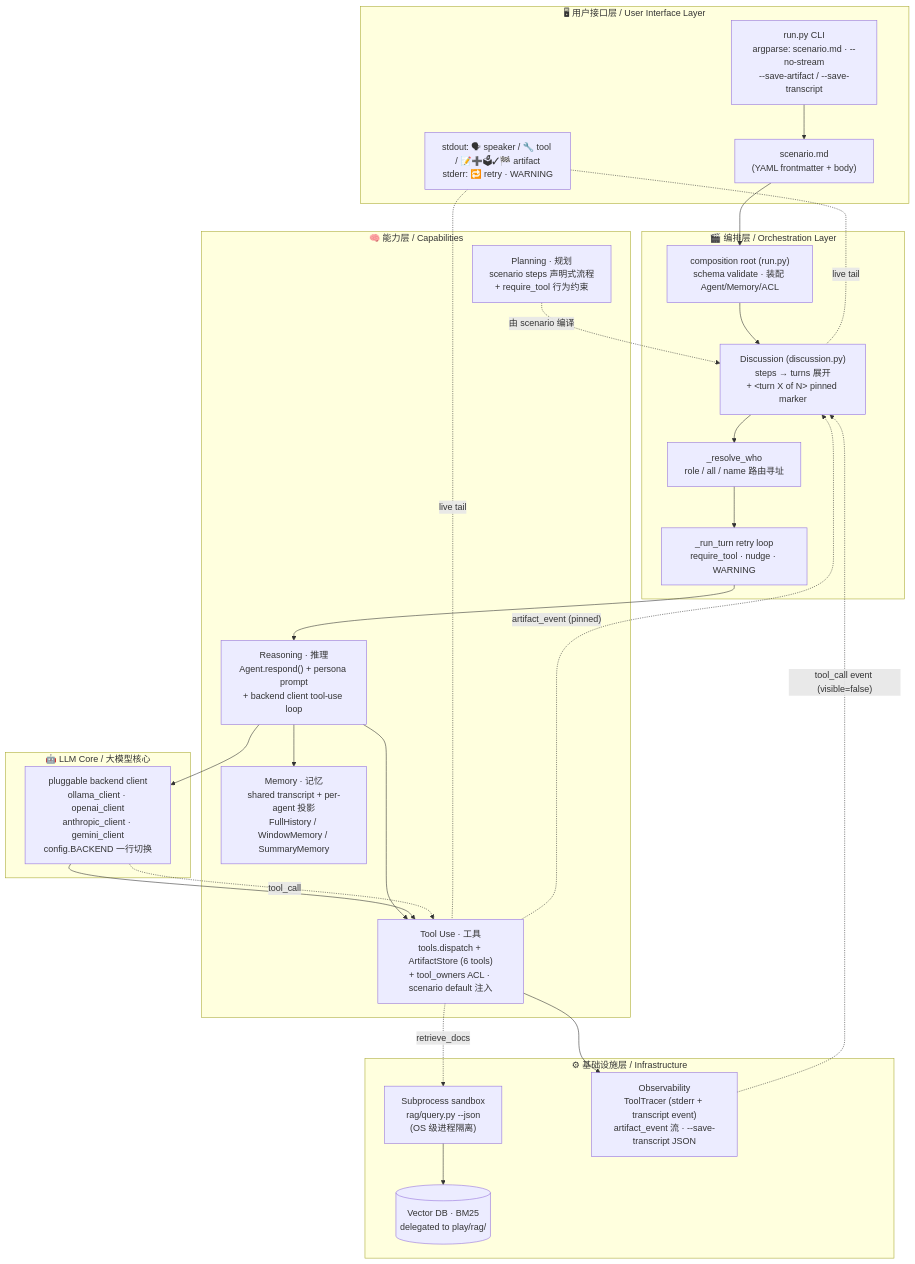
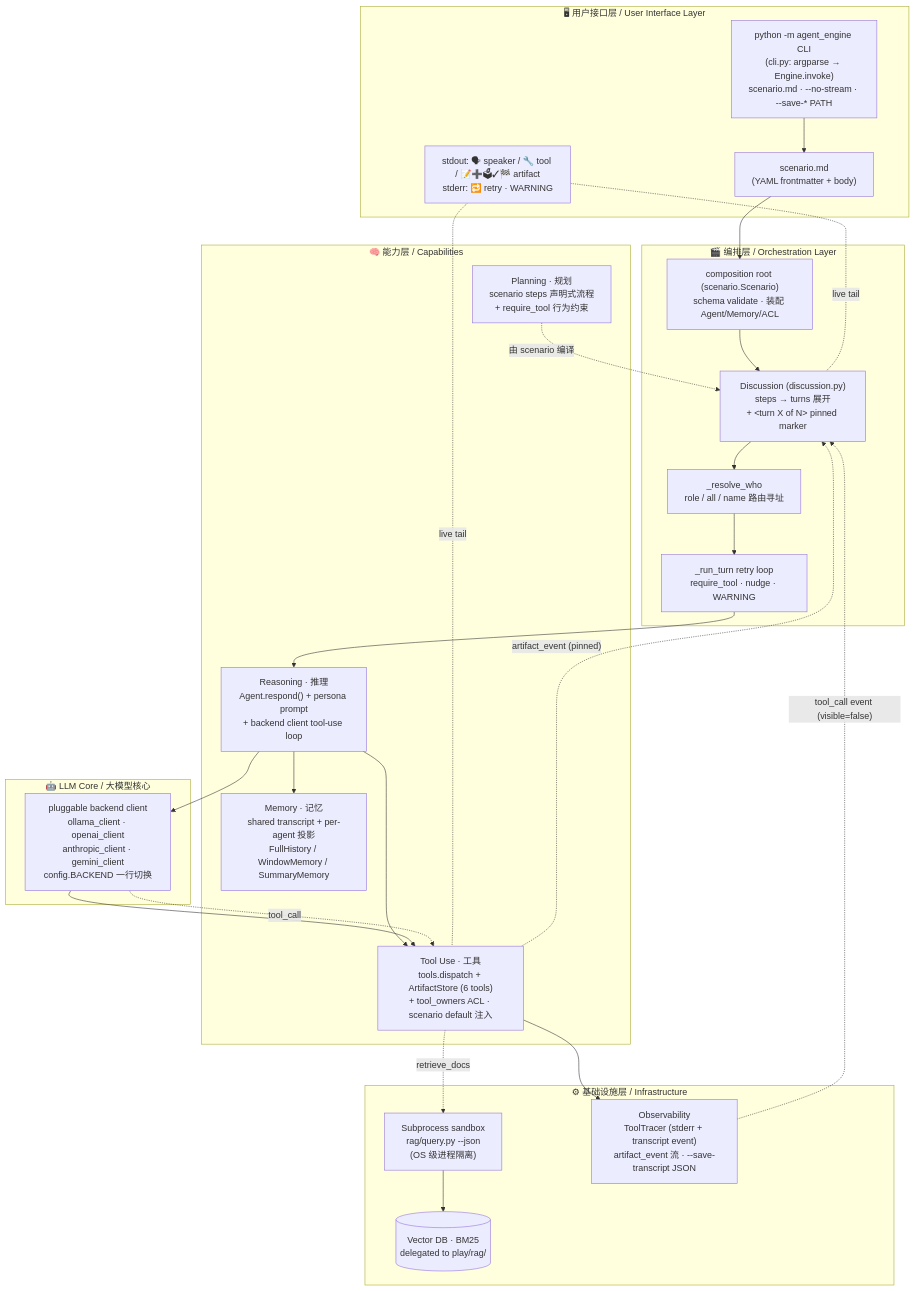
One commit to AndyUneducated/ai_workshop_demo changed the first of 5 diagrams in play/agent_engine/README.md. Above: the diagram before and after it, drawn with Mermaid. The commit also changed other lines of this file and 19 other files, not shown here.

First line of the commit message:
refactor(agent_engine)!: turn into a Python package with Engine.invoke API

````diff
--- a/play/agent_engine/README.md
+++ b/play/agent_engine/README.md
@@ -24,53 +24,53 @@
 ```mermaid
 flowchart TB
     subgraph UI["🖥 用户接口层 / User Interface Layer"]
-        cli["run.py CLI<br/>argparse: scenario.md · --no-stream<br/>--save-artifact / --save-transcript"]
+        cli["python -m agent_engine CLI<br/>(cli.py: argparse → Engine.invoke)<br/>scenario.md · --no-stream · --save-* PATH"]
         io["stdout: 🗣 speaker / 🔧 tool / 📝➕🗳✓🏁 artifact<br/>stderr: 🔁 retry · WARNING"]
         scn["scenario.md<br/>(YAML frontmatter + body)"]
     end
 
     subgraph ORCH["🎬 编排层 / Orchestration Layer"]
-        asm["composition root (run.py)<br/>schema validate · 装配 Agent/Memory/ACL"]
+        asm["composition root (scenario.Scenario)<br/>schema validate · 装配 Agent/Memory/ACL"]
         disc["Discussion (discussion.py)<br/>steps → turns 展开<br/>+ &lt;turn X of N&gt; pinned marker"]
         route["_resolve_who<br/>role / all / name 路由寻址"]
         retry["_run_turn retry loop<br/>require_tool · nudge · WARNING"]
     end
 
     subgraph CAP["🧠 能力层 / Capabilities"]
         plan["Planning · 规划<br/>scenario steps 声明式流程<br/>+ require_tool 行为约束"]
         reas["Reasoning · 推理<br/>Agent.respond() + persona prompt<br/>+ backend client tool-use loop"]
         mem["Memory · 记忆<br/>shared transcript + per-agent 投影<br/>FullHistory / WindowMemory / SummaryMemory"]
         tool["Tool Use · 工具<br/>tools.dispatch + ArtifactStore (6 tools)<br/>+ tool_owners ACL · scenario default 注入"]
     end
 
     subgraph LLM["🤖 LLM Core / 大模型核心"]
         backends["pluggable backend client<br/>ollama_client · openai_client<br/>anthropic_client · gemini_client<br/>config.BACKEND 一行切换"]
     end
 
     subgraph INFRA["⚙ 基础设施层 / Infrastructure"]
         sub["Subprocess sandbox<br/>rag/query.py --json<br/>(OS 级进程隔离)"]
         vdb[("Vector DB · BM25<br/>delegated to play/rag/")]
         obs["Observability<br/>ToolTracer (stderr + transcript event)<br/>artifact_event 流 · --save-transcript JSON"]
     end
 
     cli --> scn
     scn --> asm
     asm --> disc
     disc --> route --> retry
     retry --> reas
 
     plan -. 由 scenario 编译 .-> disc
     reas --> mem
     reas --> tool
     reas --> backends
     backends --> tool
 
     tool -. retrieve_docs .-> sub --> vdb
     tool --> obs
     backends -. tool_call .-> tool
 
     obs -. tool_call event (visible=false) .-> disc
     tool -. artifact_event (pinned) .-> disc
     io -. live tail .- disc
     io -. live tail .- tool
 ```
````
